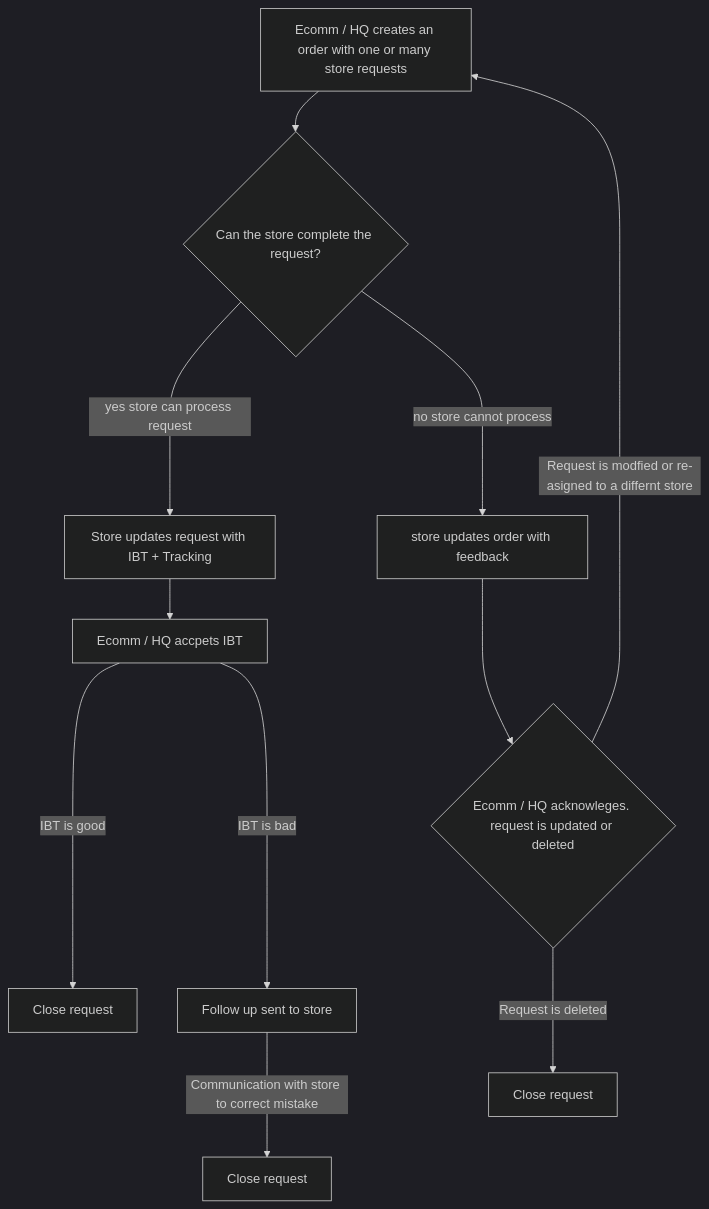
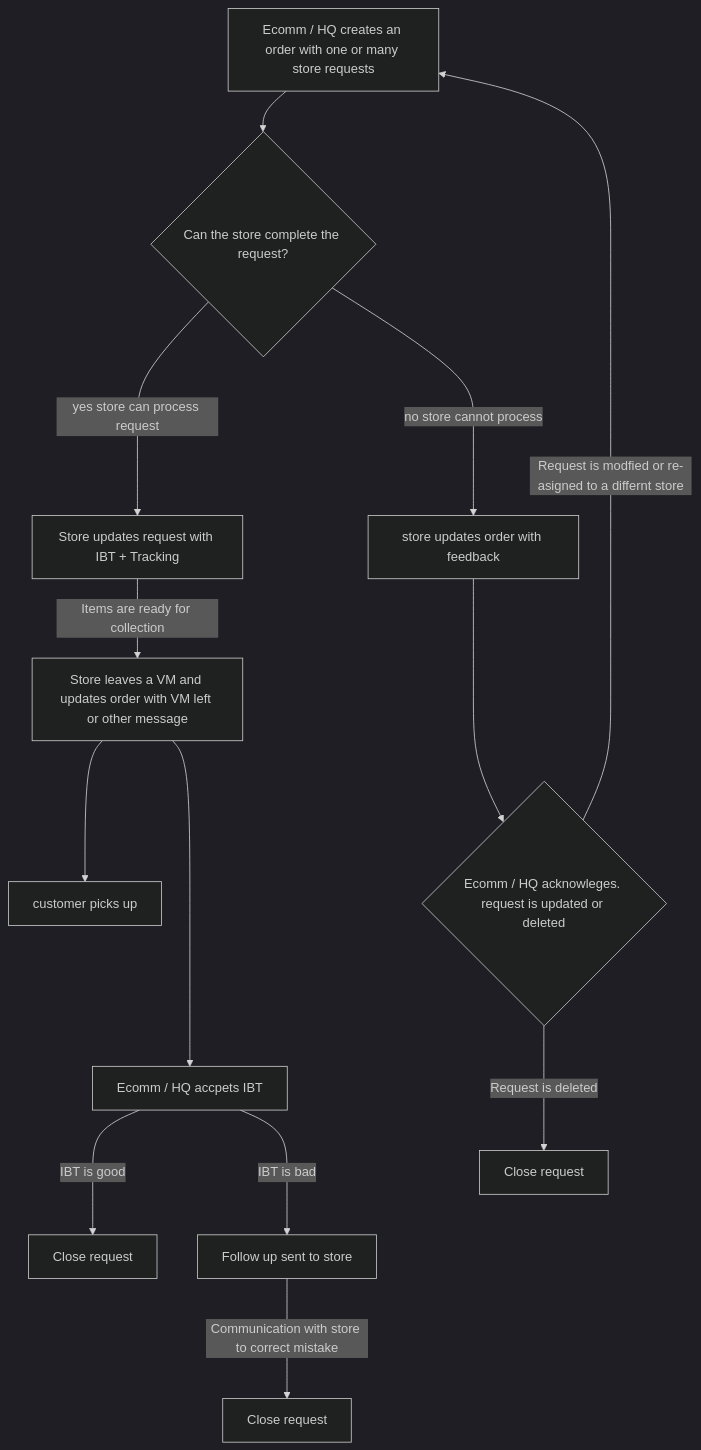
One commit to CapSap/paddy-mern-4 changed the diagram in README.md. Above: the diagram before and after it, drawn with Mermaid (dark theme).

Commit message:
Update README.md
adding store steps to the flowchard

````diff
--- a/README.md
+++ b/README.md
@@ -19,13 +19,15 @@
 ```mermaid
   graph TD;
       A[Ecomm / HQ creates an order with one or many store requests] --> B{Can the store complete the request?}
       B--yes store can process request---> C[Store updates request with IBT + Tracking]
       B--no store cannot process--->D[store updates order with feedback]
       D--->E{Ecomm / HQ acknowleges. request is updated or deleted}
       E--Request is modfied or re-asigned to a differnt store--->A
       E--Request is deleted--->I[Close request]
-      C-->F[Ecomm / HQ  accpets IBT]
       F --IBT is good---> G[Close request]
       F --IBT is bad ---> H[Follow up sent to store]
       H --Communication with store to correct mistake ---> J[Close request]
+      C --Items are ready for collection--> K[Store leaves a VM and updates order with VM left or other message] --> L[customer picks up] 
+      K ---> F[Ecomm / HQ  accpets IBT]
+
 ```
````
